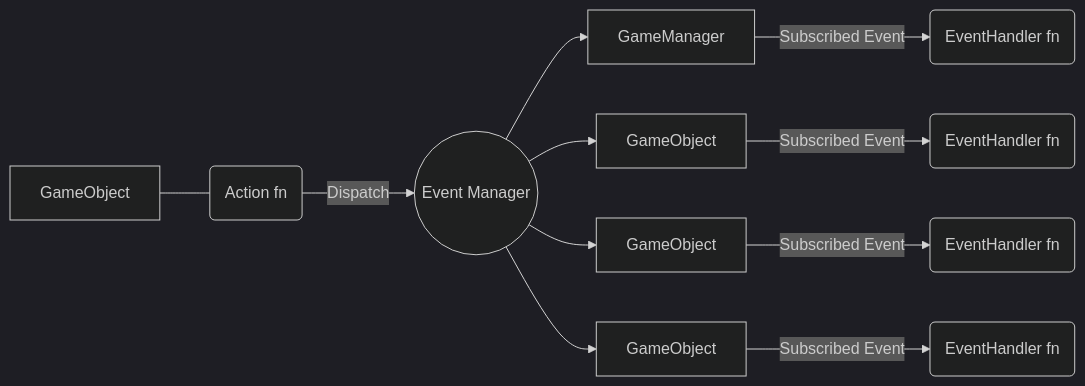
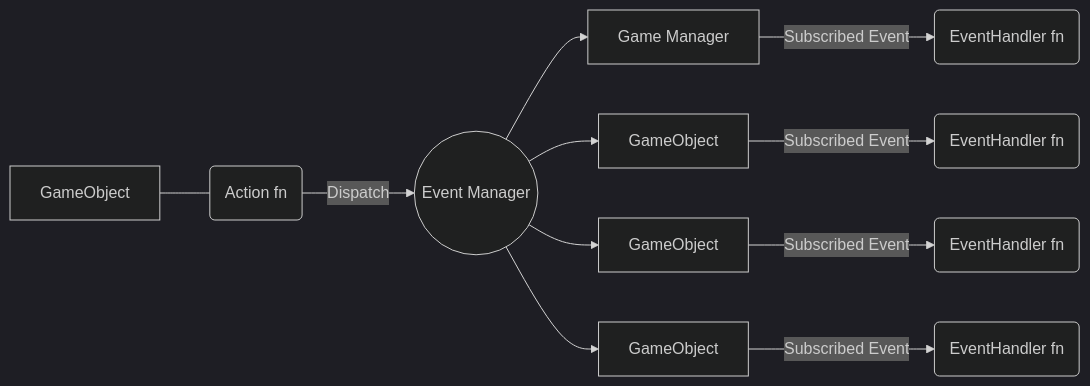
Before and after one commit to gsg-jay/GamePatterns: the diagram in README.md, drawn with Mermaid (dark theme).

````diff
--- a/README.md
+++ b/README.md
@@ -3,9 +3,9 @@
 ```mermaid
 graph LR;
 c0["GameObject"]---a
 a("Action fn")-->|Dispatch|em(("Event Manager"))
-em-->gm["GameManager"]-->|Subscribed Event|eh1("EventHandler fn")
+em-->gm["Game Manager"]-->|Subscribed Event|eh1("EventHandler fn")
 em-->c2["GameObject"]-->|Subscribed Event|eh2("EventHandler fn")
 em-->c3["GameObject"]-->|Subscribed Event|eh3("EventHandler fn")
 em-->c4["GameObject"]-->|Subscribed Event|eh4("EventHandler fn")
 ```
````
